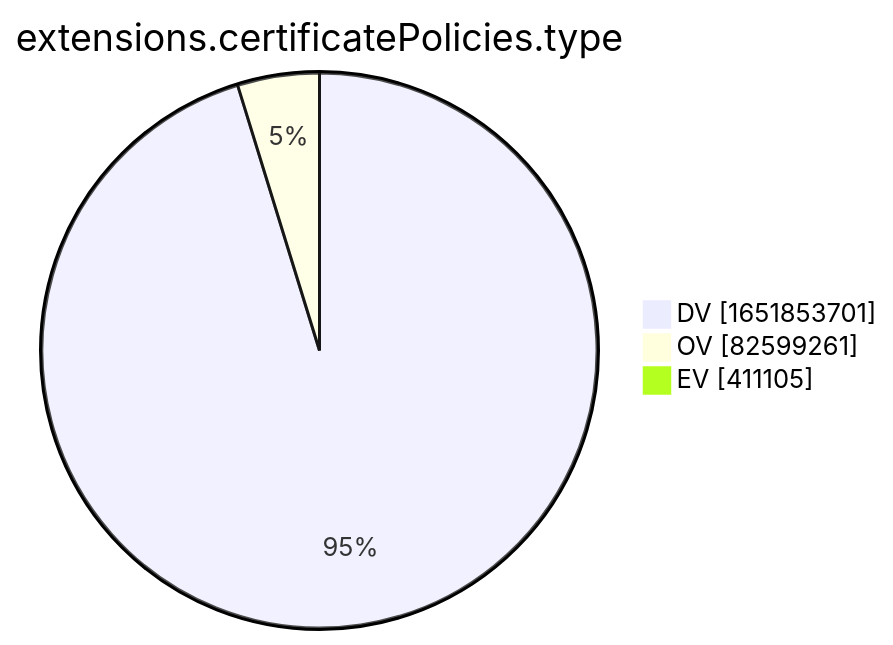
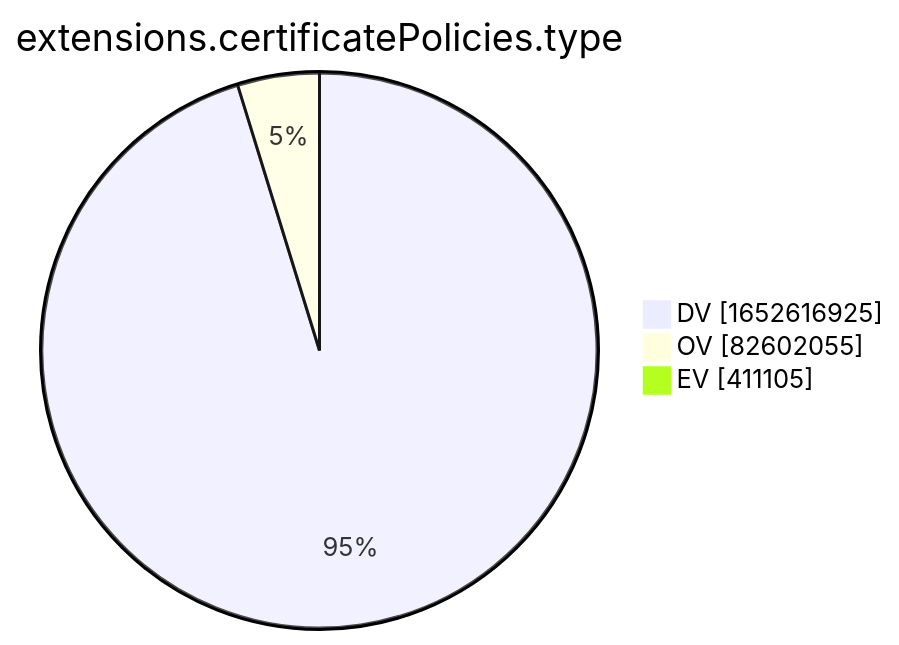
The tenth of 15 diagrams in xenon2022/README.md (christiankrug/ctmonitor_visualization), drawn with Mermaid before and after one commit. The commit also changed other lines of this file, not shown here.

````diff
--- a/xenon2022/README.md
+++ b/xenon2022/README.md
@@ -2880,7 +2880,7 @@
 ```mermaid
 pie showData
 title extensions.certificatePolicies.type
-"DV" :1651853701
-"OV" :82599261
+"DV" :1652616925
+"OV" :82602055
 "EV" :411105
 ```
````
